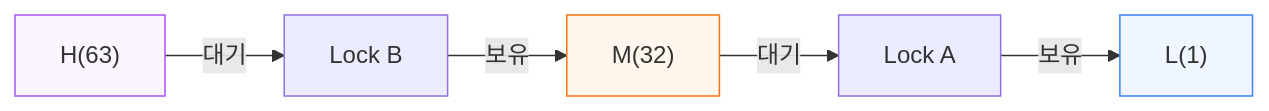
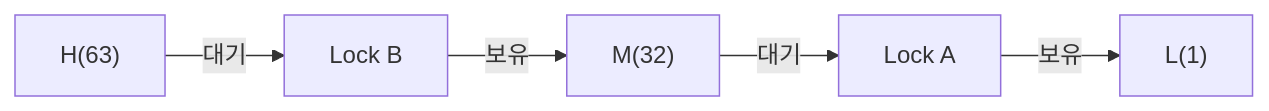
Before and after one commit to Jungle-12-303/wk09_1: the seventh of 10 diagrams in docs/pintos/01-big-picture.md, drawn with Mermaid. The commit also changed other lines of this file, not shown here.

First line of the commit message:
style: Mermaid 다이어그램에서 커스텀 컬러 style 지시문을 제거

````diff
--- a/docs/pintos/01-big-picture.md
+++ b/docs/pintos/01-big-picture.md
@@ -222,11 +203,8 @@
 ```mermaid
 graph LR
     H["H(63)"] -->|대기| LB["Lock B"]
     LB -->|보유| M["M(32)"]
     M -->|대기| LA["Lock A"]
     LA -->|보유| L["L(1)"]
 
-    style H fill:#FAF5FF,stroke:#A855F7
-    style M fill:#FFF7ED,stroke:#F97316
-    style L fill:#EFF6FF,stroke:#3B82F6
 ```
````
